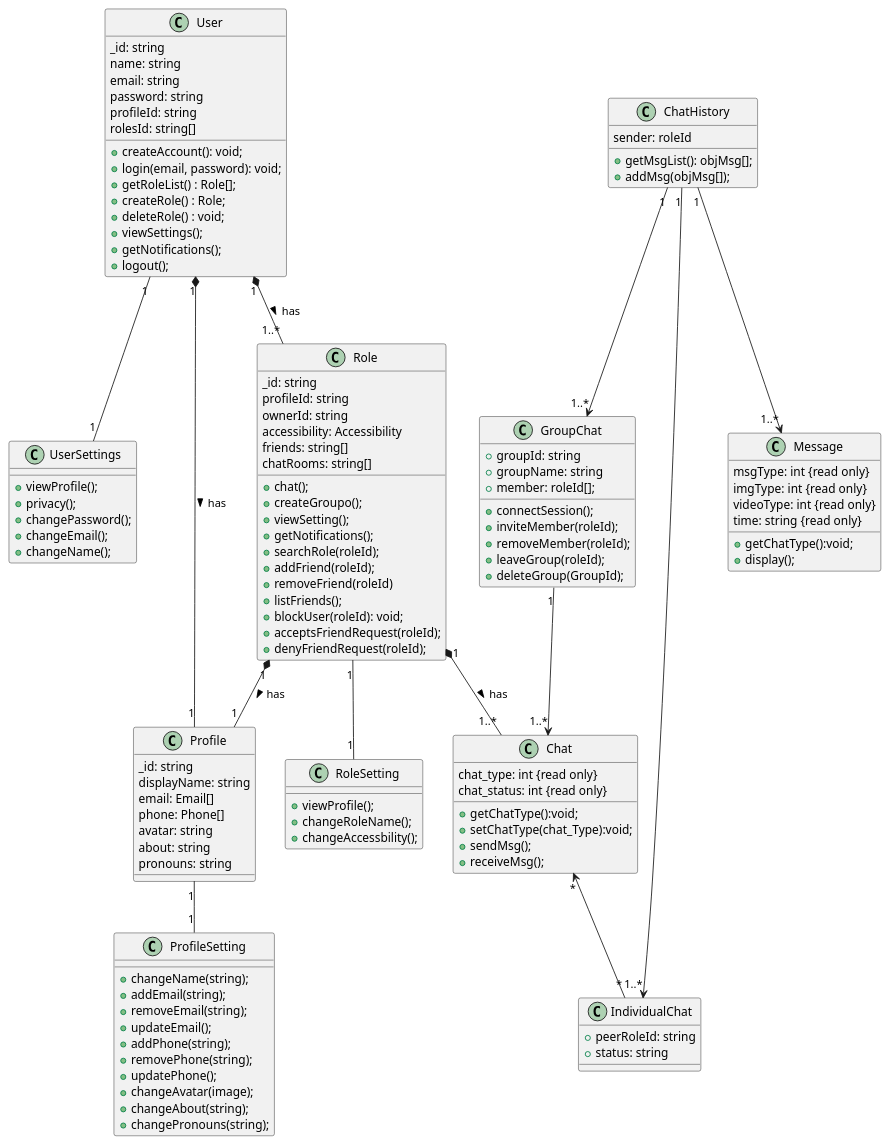
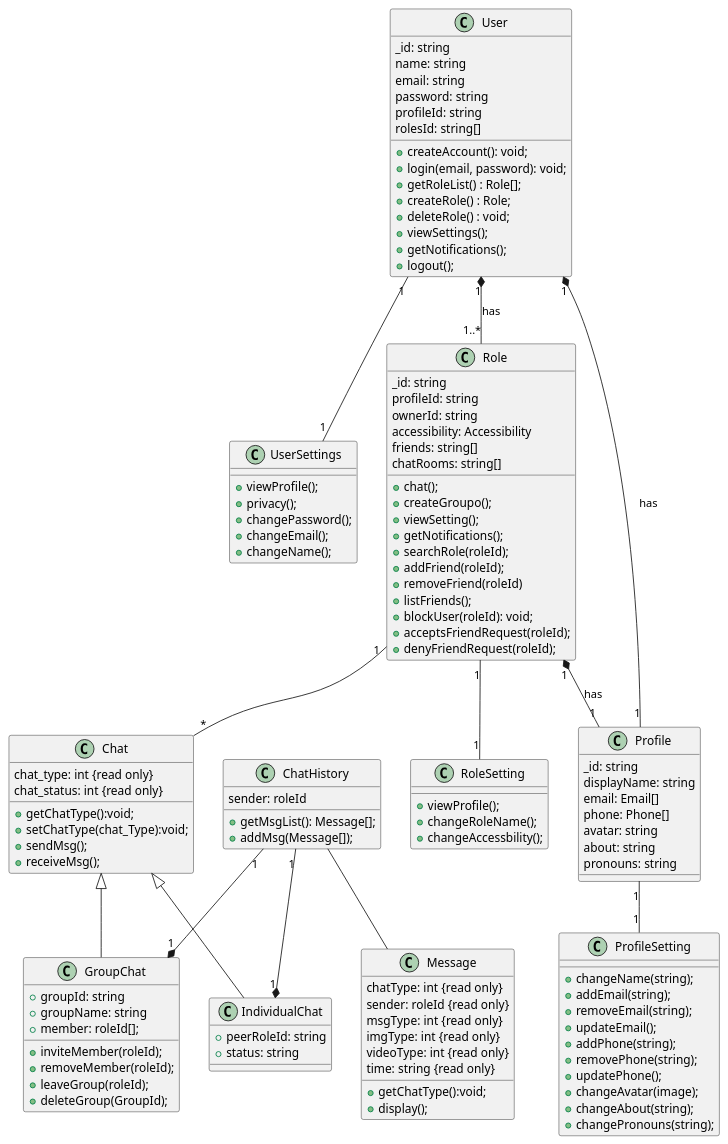
The diagram in UML_Diagram/Plantuml/class.plantuml (INEEDAMONITOR/Role-Rally), drawn with PlantUML before and after one commit.

Commit message:
fix: modify relation

```diff
--- a/UML_Diagram/Plantuml/class.plantuml
+++ b/UML_Diagram/Plantuml/class.plantuml
@@ -1,131 +1,134 @@
 @startuml
 class User {
     _id: string
     name: string
     email: string
     password: string
     profileId: string
     rolesId: string[]
 
     +createAccount(): void;
     +login(email, password): void;
     +getRoleList() : Role[];
     +createRole() : Role;
     +deleteRole() : void;
     +viewSettings();
     +getNotifications();
     +logout();
 }
 class  UserSettings {
   +viewProfile();
   +privacy();
   +changePassword();
   +changeEmail();
   +changeName();
 }
 
 class Role {
     _id: string
     profileId: string
     ownerId: string
     accessibility: Accessibility
     friends: string[]
     chatRooms: string[]
 
     +chat();
     +createGroupo();
     +viewSetting();
     +getNotifications();
     +searchRole(roleId);
     +addFriend(roleId);
     +removeFriend(roleId)
     +listFriends();
     +blockUser(roleId): void;
     +acceptsFriendRequest(roleId);
     +denyFriendRequest(roleId);
 }
 
 class RoleSetting{
   +viewProfile();
   +changeRoleName();
   +changeAccessbility();
 }
 
 class Profile {
     _id: string
     displayName: string
     email: Email[]
     phone: Phone[]
     avatar: string
     about: string
     pronouns: string
 }
 class ProfileSetting{
   +changeName(string);
   +addEmail(string);
   +removeEmail(string);
   +updateEmail();
   +addPhone(string);
   +removePhone(string);
   +updatePhone();
   +changeAvatar(image);
   +changeAbout(string);
   +changePronouns(string);
 }
 
 class Chat{
   chat_type: int {read only}
   chat_status: int {read only}
   +getChatType():void;
-  +setChatType(chat_Type):void;
+  +setChatType(chat_Type):void;  
   +sendMsg();
   +receiveMsg();
 }
 
 class IndividualChat{
   +peerRoleId: string
   +status: string
 }
 
 class GroupChat{
   +groupId: string
   +groupName: string
   +member: roleId[];
 
-  +connectSession();
   +inviteMember(roleId);
   +removeMember(roleId);
   +leaveGroup(roleId);
   +deleteGroup(GroupId);
 }
 
 class ChatHistory{
   sender: roleId
-  +getMsgList(): objMsg[];
-  +addMsg(objMsg[]);
+  +getMsgList(): Message[];
+  +addMsg(Message[]);
 }
 
 class Message{
+  chatType: int {read only}
+  sender: roleId {read only}
   msgType: int {read only}
   imgType: int {read only}
   videoType: int {read only}
   time: string {read only}
   +getChatType():void;
   +display();
 }
 
-GroupChat "1" --> "1..*" Chat
-ChatHistory "1" --> "1..*" GroupChat
-ChatHistory "1" --> "1..*" IndividualChat
-ChatHistory "1" --> "1..*" Message
-Role "1" *-- "1..*" Chat : has >
-Chat "*" <-- "*" IndividualChat
-User "1" *-- "1..*" Role : has >
-User "1" *-- "1" Profile : has >
-Role "1" *-- "1" Profile : has >
+ChatHistory "1" --* "1" GroupChat
+ChatHistory "1" --* "1" IndividualChat
+ChatHistory  -- Message
+
+Chat <|-- GroupChat
+Chat <|-- IndividualChat
+
+Role "1" -- "*" Chat
+User "1" *-- "1..*" Role : has
+User "1" *-- "1" Profile : has
+Role "1" *-- "1" Profile : has
 
 User "1" -- "1" UserSettings 
 Role "1" -- "1" RoleSetting 
 Profile "1" -- "1" ProfileSetting 
 
 @enduml
```
